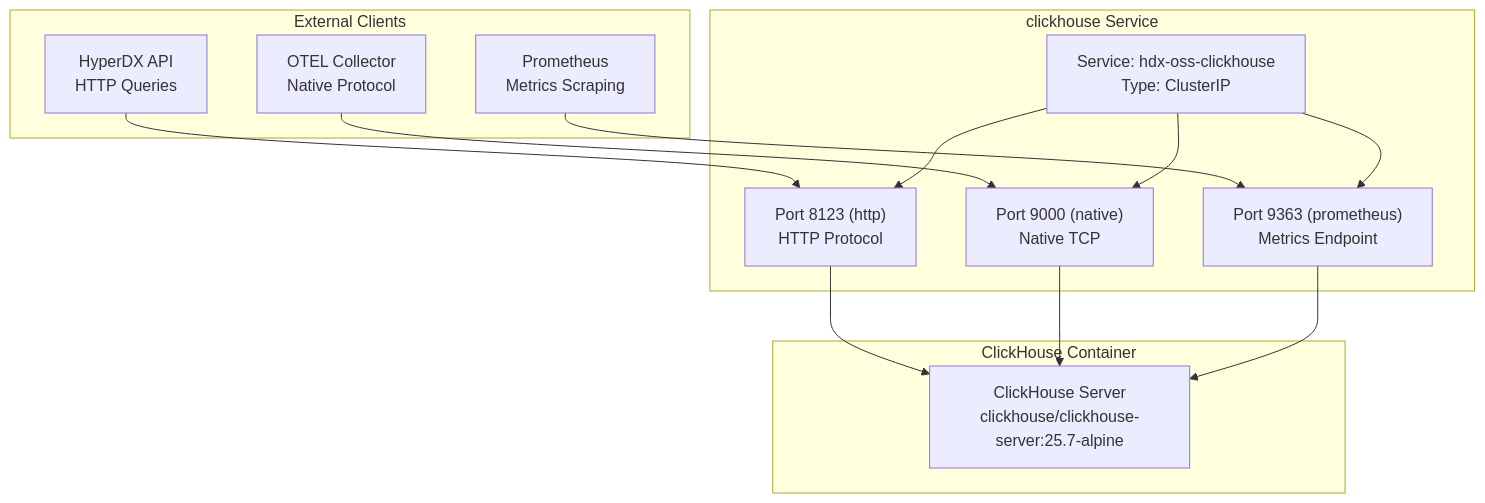
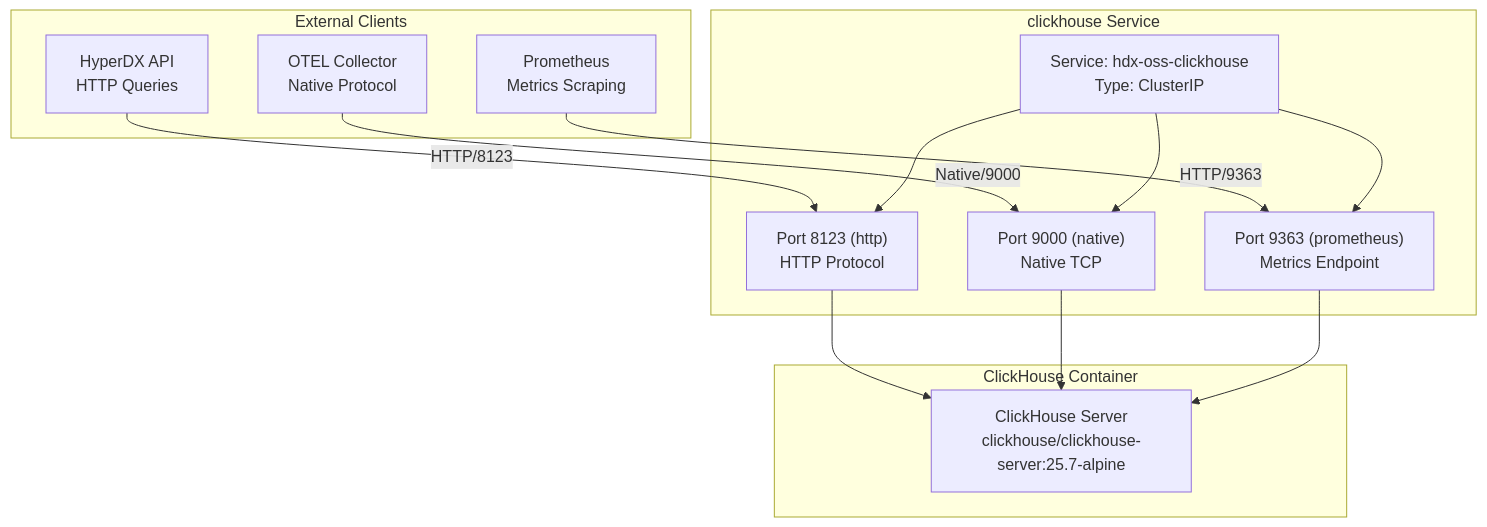
Before and after one commit to openchoreo/openchoreo: the fourth of 7 diagrams in docs/hyperdxio-helm-charts-docs/ClickHouse-Database.md, drawn with Mermaid. The commit also changed other lines of this file and 85 other files, not shown here.

Commit message:
feat: Add new workflow and specification templates, update Helm chart dependencies, and clarify documentation diagrams.

````diff
--- a/docs/hyperdxio-helm-charts-docs/ClickHouse-Database.md
+++ b/docs/hyperdxio-helm-charts-docs/ClickHouse-Database.md
@@ -291,39 +291,39 @@
 ```mermaid
 flowchart TD
 
 HyperDXAPI["HyperDX API<br>HTTP Queries"]
 OTELCollector["OTEL Collector<br>Native Protocol"]
 PrometheusServer["Prometheus<br>Metrics Scraping"]
 ServiceResource["Service: hdx-oss-clickhouse<br>Type: ClusterIP"]
 HTTPPort["Port 8123 (http)<br>HTTP Protocol"]
 NativePort["Port 9000 (native)<br>Native TCP"]
 PrometheusPort["Port 9363 (prometheus)<br>Metrics Endpoint"]
 Container["ClickHouse Server<br>clickhouse/clickhouse-server:25.7-alpine"]
 
-HyperDXAPI --> HTTPPort
-OTELCollector --> NativePort
-PrometheusServer --> PrometheusPort
+HyperDXAPI -->|"HTTP/8123"| HTTPPort
+OTELCollector -->|"Native/9000"| NativePort
+PrometheusServer -->|"HTTP/9363"| PrometheusPort
 HTTPPort --> Container
 NativePort --> Container
 PrometheusPort --> Container
 
 subgraph subGraph2 ["ClickHouse Container"]
     Container
 end
 
 subgraph subGraph1 ["clickhouse Service"]
     ServiceResource
     HTTPPort
     NativePort
     PrometheusPort
     ServiceResource --> HTTPPort
     ServiceResource --> NativePort
     ServiceResource --> PrometheusPort
 end
 
 subgraph subGraph0 ["External Clients"]
     HyperDXAPI
     OTELCollector
     PrometheusServer
 end
 ```
````
